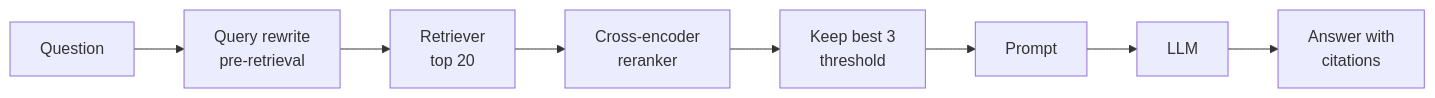
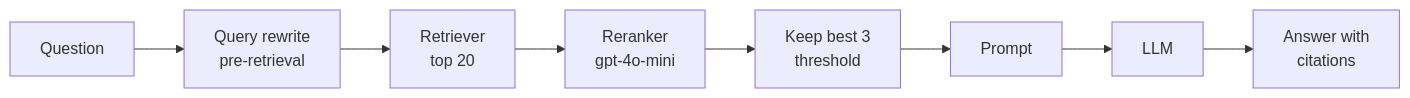
One commit to ajay-nikumbh/RAG-From-Basics-to-Production changed the diagram in 02. Advanced RAG/README.md. Above: the diagram before and after it, drawn with Mermaid. The commit also changed other lines of this file and 83 other files, not shown here.

````diff
--- a/02. Advanced RAG/README.md
+++ b/02. Advanced RAG/README.md
@@ -44,10 +44,10 @@
 ```mermaid
 flowchart LR
     Q[Question] --> RW[Query rewrite<br/>pre-retrieval]
     RW --> R[Retriever<br/>top 20]
-    R --> RR[Cross-encoder<br/>reranker]
+    R --> RR[Reranker<br/>gpt-4o-mini]
     RR --> F[Keep best 3<br/>threshold]
     F --> P[Prompt]
     P --> L[LLM]
     L --> A[Answer with<br/>citations]
 ```
````
